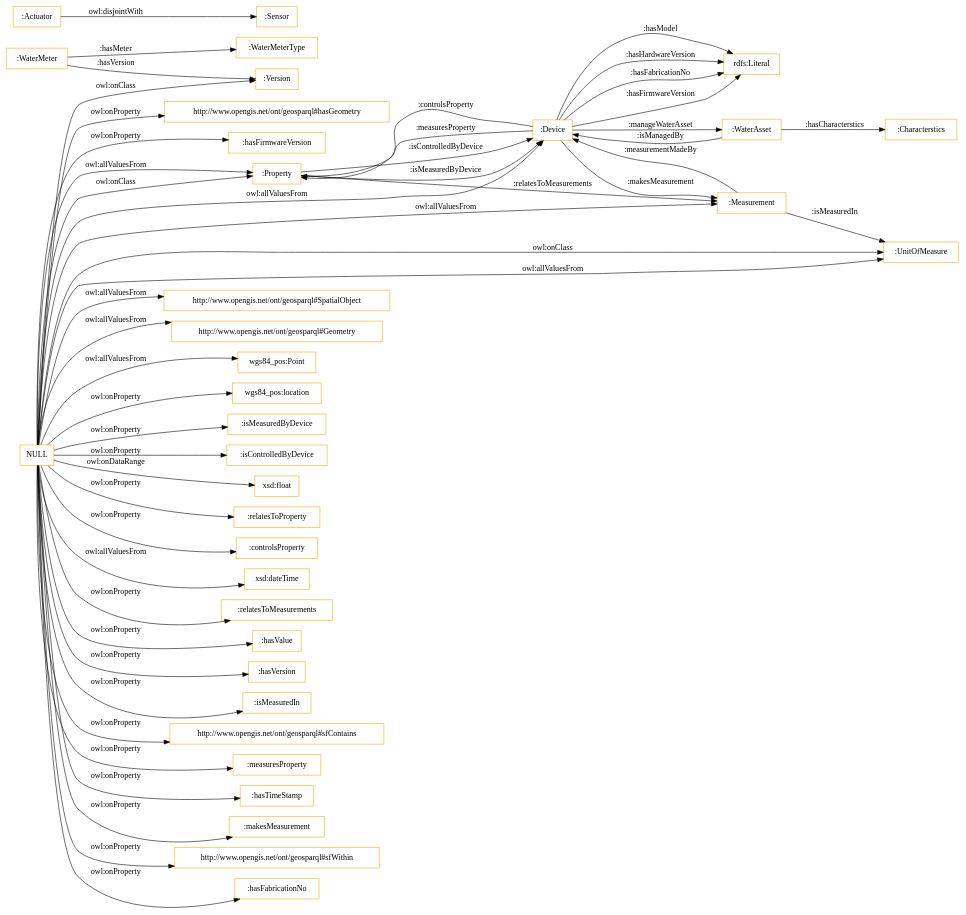
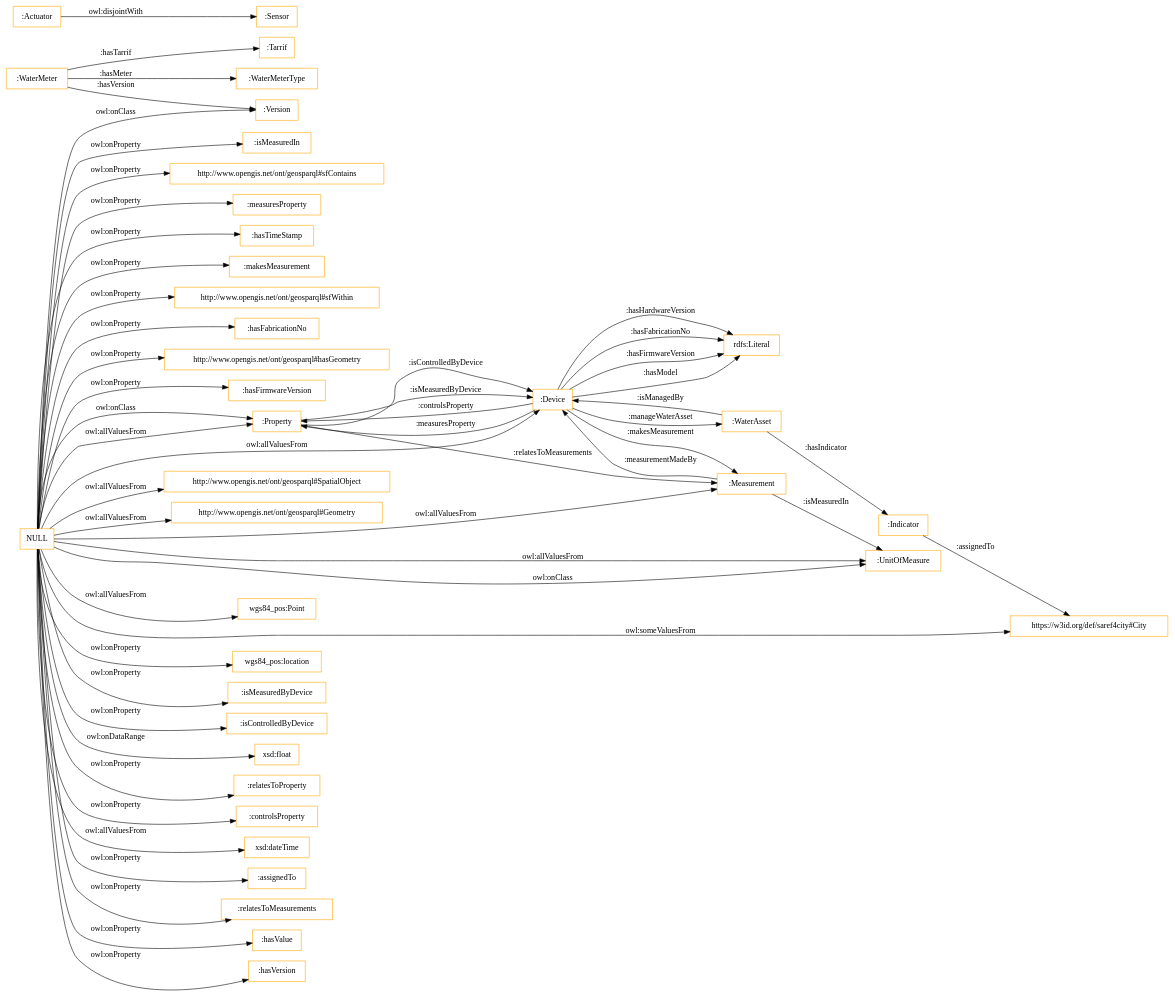
Before and after one commit to tiwari2019/S4WATR-1: the diagram in OnToology/S4Water.owl/diagrams/ar2dtool-class/S4Water.owl.png.dot, drawn with Graphviz. The commit also changed 13 other files, not shown here.

```diff
--- a/OnToology/S4Water.owl/diagrams/ar2dtool-class/S4Water.owl.png.dot
+++ b/OnToology/S4Water.owl/diagrams/ar2dtool-class/S4Water.owl.png.dot
@@ -1,53 +1,57 @@
 digraph ar2dtool_diagram { 
 rankdir=LR;
 size="1501"
-node [shape = rectangle, color="orange"]; ":Version" ":Property" ":WaterMeterType" ":WaterAsset" ":Sensor" ":WaterMeter" ":Device" "http://www.opengis.net/ont/geosparql#SpatialObject" "http://www.opengis.net/ont/geosparql#Geometry" ":UnitOfMeasure" "wgs84_pos:Point" ":Measurement" ":Characterstics" ":Actuator" ; /*classes style*/
+node [shape = rectangle, color="orange"]; ":Version" ":Property" ":WaterMeterType" ":WaterAsset" ":Sensor" ":WaterMeter" ":Device" ":Indicator" "http://www.opengis.net/ont/geosparql#SpatialObject" "http://www.opengis.net/ont/geosparql#Geometry" ":UnitOfMeasure" "https://w3id.org/def/saref4city#City" ":Tarrif" "wgs84_pos:Point" ":Measurement" ":Actuator" ; /*classes style*/
 	"NULL" -> "wgs84_pos:location" [ label = "owl:onProperty" ];
 	"NULL" -> "wgs84_pos:Point" [ label = "owl:allValuesFrom" ];
 	"NULL" -> ":isMeasuredByDevice" [ label = "owl:onProperty" ];
 	"NULL" -> ":isControlledByDevice" [ label = "owl:onProperty" ];
 	"NULL" -> ":Measurement" [ label = "owl:allValuesFrom" ];
 	"NULL" -> "xsd:float" [ label = "owl:onDataRange" ];
 	"NULL" -> "http://www.opengis.net/ont/geosparql#Geometry" [ label = "owl:allValuesFrom" ];
 	"NULL" -> ":relatesToProperty" [ label = "owl:onProperty" ];
 	"NULL" -> ":controlsProperty" [ label = "owl:onProperty" ];
+	"NULL" -> "https://w3id.org/def/saref4city#City" [ label = "owl:someValuesFrom" ];
 	"NULL" -> "xsd:dateTime" [ label = "owl:allValuesFrom" ];
 	"NULL" -> ":Version" [ label = "owl:onClass" ];
+	"NULL" -> ":assignedTo" [ label = "owl:onProperty" ];
+	"NULL" -> ":Property" [ label = "owl:onClass" ];
+	"NULL" -> ":relatesToMeasurements" [ label = "owl:onProperty" ];
 	"NULL" -> "http://www.opengis.net/ont/geosparql#SpatialObject" [ label = "owl:allValuesFrom" ];
-	"NULL" -> ":relatesToMeasurements" [ label = "owl:onProperty" ];
-	"NULL" -> ":Property" [ label = "owl:onClass" ];
 	"NULL" -> ":hasValue" [ label = "owl:onProperty" ];
+	"NULL" -> ":hasVersion" [ label = "owl:onProperty" ];
 	"NULL" -> ":UnitOfMeasure" [ label = "owl:allValuesFrom" ];
-	"NULL" -> ":hasVersion" [ label = "owl:onProperty" ];
 	"NULL" -> ":UnitOfMeasure" [ label = "owl:onClass" ];
 	"NULL" -> ":isMeasuredIn" [ label = "owl:onProperty" ];
 	"NULL" -> "http://www.opengis.net/ont/geosparql#sfContains" [ label = "owl:onProperty" ];
 	"NULL" -> ":measuresProperty" [ label = "owl:onProperty" ];
 	"NULL" -> ":hasTimeStamp" [ label = "owl:onProperty" ];
 	"NULL" -> ":makesMeasurement" [ label = "owl:onProperty" ];
 	"NULL" -> "http://www.opengis.net/ont/geosparql#sfWithin" [ label = "owl:onProperty" ];
 	"NULL" -> ":Property" [ label = "owl:allValuesFrom" ];
 	"NULL" -> ":hasFabricationNo" [ label = "owl:onProperty" ];
 	"NULL" -> "http://www.opengis.net/ont/geosparql#hasGeometry" [ label = "owl:onProperty" ];
 	"NULL" -> ":Device" [ label = "owl:allValuesFrom" ];
 	"NULL" -> ":hasFirmwareVersion" [ label = "owl:onProperty" ];
 	":Actuator" -> ":Sensor" [ label = "owl:disjointWith" ];
-	":WaterAsset" -> ":Characterstics" [ label = ":hasCharacterstics" ];
+	":Indicator" -> "https://w3id.org/def/saref4city#City" [ label = ":assignedTo" ];
 	":Measurement" -> ":Device" [ label = ":measurementMadeBy" ];
 	":Device" -> ":WaterAsset" [ label = ":manageWaterAsset" ];
 	":Device" -> "rdfs:Literal" [ label = ":hasModel" ];
 	":Property" -> ":Device" [ label = ":isControlledByDevice" ];
 	":Device" -> "rdfs:Literal" [ label = ":hasHardwareVersion" ];
 	":WaterMeter" -> ":Version" [ label = ":hasVersion" ];
 	":Property" -> ":Measurement" [ label = ":relatesToMeasurements" ];
 	":Device" -> ":Measurement" [ label = ":makesMeasurement" ];
 	":Device" -> "rdfs:Literal" [ label = ":hasFabricationNo" ];
 	":Device" -> "rdfs:Literal" [ label = ":hasFirmwareVersion" ];
 	":Device" -> ":Property" [ label = ":controlsProperty" ];
 	":WaterAsset" -> ":Device" [ label = ":isManagedBy" ];
+	":WaterAsset" -> ":Indicator" [ label = ":hasIndicator" ];
 	":Property" -> ":Device" [ label = ":isMeasuredByDevice" ];
+	":WaterMeter" -> ":Tarrif" [ label = ":hasTarrif" ];
 	":WaterMeter" -> ":WaterMeterType" [ label = ":hasMeter" ];
 	":Measurement" -> ":UnitOfMeasure" [ label = ":isMeasuredIn" ];
 	":Device" -> ":Property" [ label = ":measuresProperty" ];
 
 }
```
